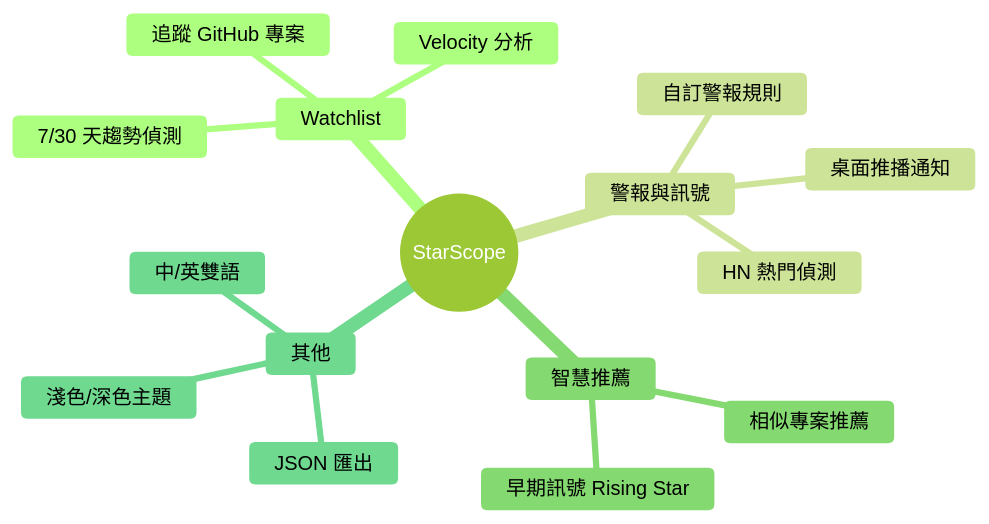
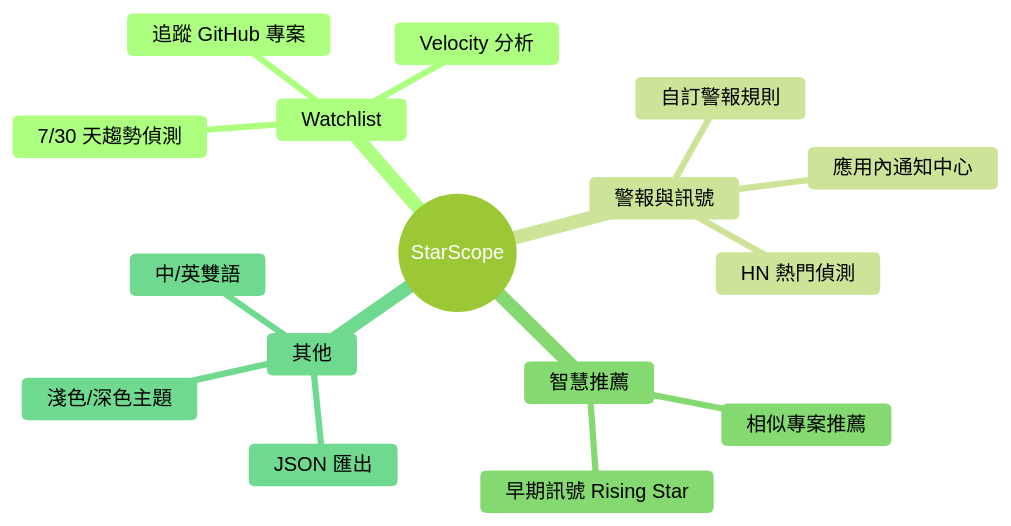
Before and after one commit to Neal75418/StarScope: the first of 2 diagrams in README.md, drawn with Mermaid (forest theme). The commit also changed other lines of this file and 3 other files, not shown here.

````diff
--- a/README.md
+++ b/README.md
@@ -17,19 +17,19 @@
 ```mermaid
 mindmap
   root((StarScope))
     Watchlist
       追蹤 GitHub 專案
       Velocity 分析
       7/30 天趨勢偵測
     警報與訊號
       自訂警報規則
-      桌面推播通知
+      應用內通知中心
       HN 熱門偵測
     智慧推薦
       相似專案推薦
       早期訊號 Rising Star
     其他
       JSON 匯出
       中/英雙語
       淺色/深色主題
 ```
````
